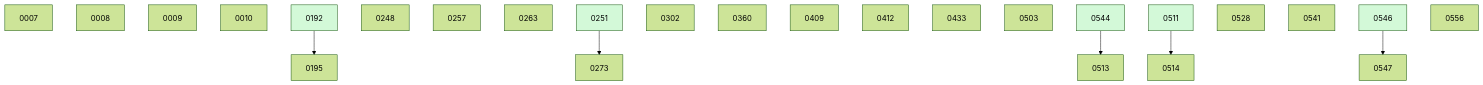
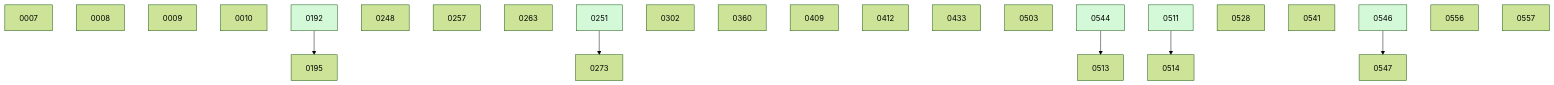
One commit to danielhanold/docket changed the diagram in docs/changes/BOARD.md. Above: the diagram before and after it, drawn with Mermaid (forest theme). The commit also changed other lines of this file and 1 other file, not shown here.

````diff
--- a/docs/changes/BOARD.md
+++ b/docs/changes/BOARD.md
@@ -46,30 +47,31 @@
 ```mermaid
 graph TD
   0007
   0008
   0009
   0010
   0192 --> 0195
   0248
   0257
   0263
   0251 --> 0273
   0302
   0360
   0409
   0412
   0433
   0503
   0544 --> 0513
   0511 --> 0514
   0528
   0541
   0546 --> 0547
   0556
+  0557
   0192:::done
   0251:::done
   0511:::done
   0544:::done
   0546:::done
   classDef done fill:#d3f9d8;
 ```
````
